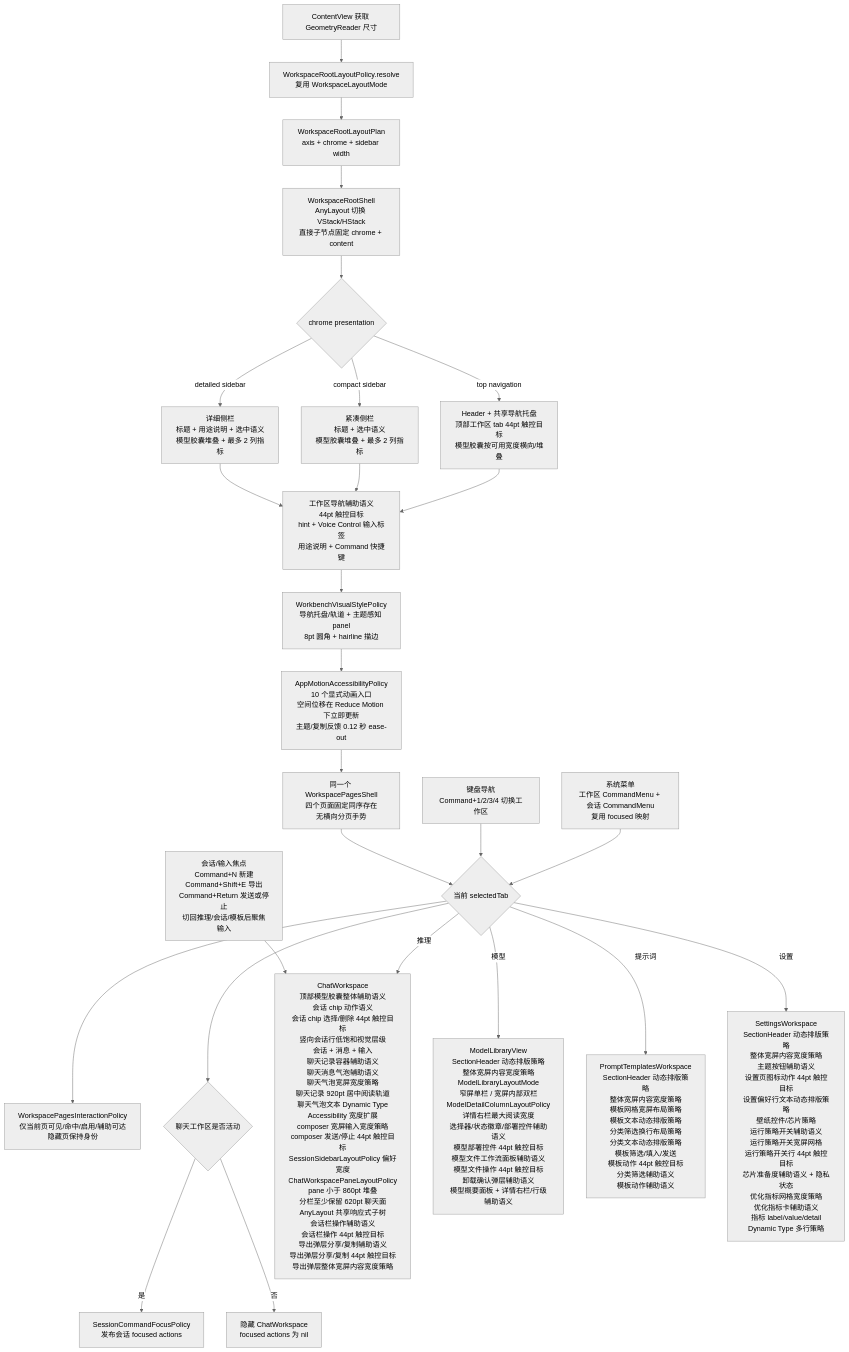
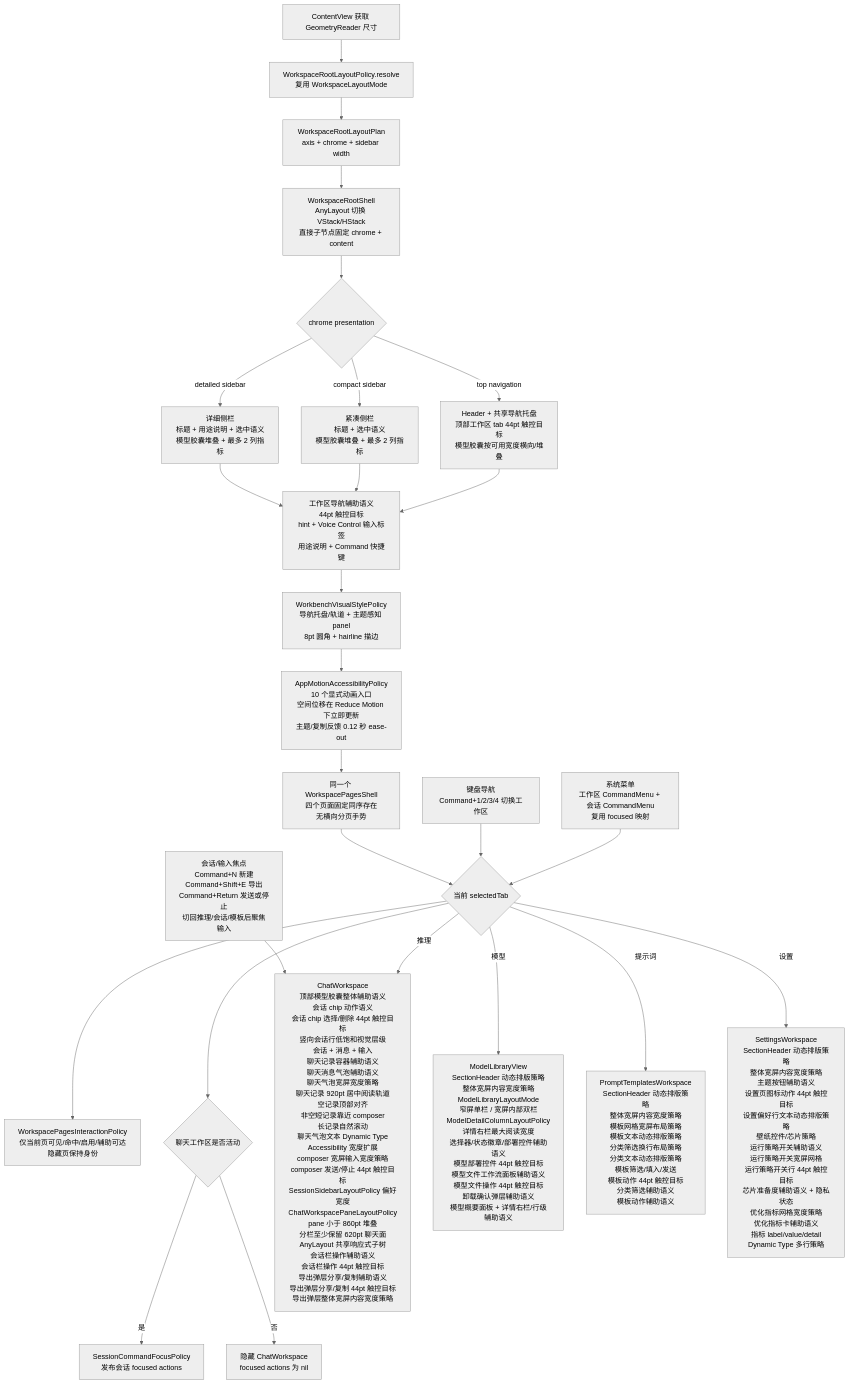
One commit to Altman-sam114/113 changed the fifth of 10 diagrams in md/flow/flowchart.md. Above: the diagram before and after it, drawn with Mermaid (neutral theme). The commit also changed 8 other files, not shown here.

````diff
--- a/md/flow/flowchart.md
+++ b/md/flow/flowchart.md
@@ -94,28 +94,28 @@
 ```mermaid
 flowchart TD
     A[ContentView 获取 GeometryReader 尺寸] --> B[WorkspaceRootLayoutPolicy.resolve<br/>复用 WorkspaceLayoutMode]
     B --> C[WorkspaceRootLayoutPlan<br/>axis + chrome + sidebar width]
     C --> D[WorkspaceRootShell<br/>AnyLayout 切换 VStack/HStack<br/>直接子节点固定 chrome + content]
     D --> E{chrome presentation}
     E -- top navigation --> N[Header + 共享导航托盘<br/>顶部工作区 tab 44pt 触控目标<br/>模型胶囊按可用宽度横向/堆叠]
     E -- detailed sidebar --> O[详细侧栏<br/>标题 + 用途说明 + 选中语义<br/>模型胶囊堆叠 + 最多 2 列指标]
     E -- compact sidebar --> P[紧凑侧栏<br/>标题 + 选中语义<br/>模型胶囊堆叠 + 最多 2 列指标]
     O --> X[工作区导航辅助语义<br/>44pt 触控目标<br/>hint + Voice Control 输入标签<br/>用途说明 + Command 快捷键]
     P --> X
     X --> V[WorkbenchVisualStylePolicy<br/>导航托盘/轨道 + 主题感知 panel<br/>8pt 圆角 + hairline 描边]
     V --> R[AppMotionAccessibilityPolicy<br/>10 个显式动画入口<br/>空间位移在 Reduce Motion 下立即更新<br/>主题/复制反馈 0.12 秒 ease-out]
     R --> T[同一个 WorkspacePagesShell<br/>四个页面固定同序存在<br/>无横向分页手势]
     N --> X
     T --> F{当前 selectedTab}
     F --> Y[WorkspacePagesInteractionPolicy<br/>仅当前页可见/命中/启用/辅助可达<br/>隐藏页保持身份]
     K[键盘导航<br/>Command+1/2/3/4 切换工作区] --> F
     M[系统菜单<br/>工作区 CommandMenu + 会话 CommandMenu<br/>复用 focused 映射] --> F
     F --> Q{聊天工作区是否活动}
     Q -- 是 --> S[SessionCommandFocusPolicy<br/>发布会话 focused actions]
     Q -- 否 --> U[隐藏 ChatWorkspace<br/>focused actions 为 nil]
     L[会话/输入焦点<br/>Command+N 新建<br/>Command+Shift+E 导出<br/>Command+Return 发送或停止<br/>切回推理/会话/模板后聚焦输入] --> G
-    F -- 推理 --> G[ChatWorkspace<br/>顶部模型胶囊整体辅助语义<br/>会话 chip 动作语义<br/>会话 chip 选择/删除 44pt 触控目标<br/>竖向会话行低饱和视觉层级<br/>会话 + 消息 + 输入<br/>聊天记录容器辅助语义<br/>聊天消息气泡辅助语义<br/>聊天气泡宽屏宽度策略<br/>聊天记录 920pt 居中阅读轨道<br/>聊天气泡文本 Dynamic Type<br/>Accessibility 宽度扩展<br/>composer 宽屏输入宽度策略<br/>composer 发送/停止 44pt 触控目标<br/>SessionSidebarLayoutPolicy 偏好宽度<br/>ChatWorkspacePaneLayoutPolicy<br/>pane 小于 860pt 堆叠<br/>分栏至少保留 620pt 聊天面<br/>AnyLayout 共享响应式子树<br/>会话栏操作辅助语义<br/>会话栏操作 44pt 触控目标<br/>导出弹层分享/复制辅助语义<br/>导出弹层分享/复制 44pt 触控目标<br/>导出弹层整体宽屏内容宽度策略]
+    F -- 推理 --> G[ChatWorkspace<br/>顶部模型胶囊整体辅助语义<br/>会话 chip 动作语义<br/>会话 chip 选择/删除 44pt 触控目标<br/>竖向会话行低饱和视觉层级<br/>会话 + 消息 + 输入<br/>聊天记录容器辅助语义<br/>聊天消息气泡辅助语义<br/>聊天气泡宽屏宽度策略<br/>聊天记录 920pt 居中阅读轨道<br/>空记录顶部对齐<br/>非空短记录靠近 composer<br/>长记录自然滚动<br/>聊天气泡文本 Dynamic Type<br/>Accessibility 宽度扩展<br/>composer 宽屏输入宽度策略<br/>composer 发送/停止 44pt 触控目标<br/>SessionSidebarLayoutPolicy 偏好宽度<br/>ChatWorkspacePaneLayoutPolicy<br/>pane 小于 860pt 堆叠<br/>分栏至少保留 620pt 聊天面<br/>AnyLayout 共享响应式子树<br/>会话栏操作辅助语义<br/>会话栏操作 44pt 触控目标<br/>导出弹层分享/复制辅助语义<br/>导出弹层分享/复制 44pt 触控目标<br/>导出弹层整体宽屏内容宽度策略]
     F -- 模型 --> H[ModelLibraryView<br/>SectionHeader 动态排版策略<br/>整体宽屏内容宽度策略<br/>ModelLibraryLayoutMode<br/>窄屏单栏 / 宽屏内部双栏<br/>ModelDetailColumnLayoutPolicy<br/>详情右栏最大阅读宽度<br/>选择器/状态徽章/部署控件辅助语义<br/>模型部署控件 44pt 触控目标<br/>模型文件工作流面板辅助语义<br/>模型文件操作 44pt 触控目标<br/>卸载确认弹层辅助语义<br/>模型概要面板 + 详情右栏/行级辅助语义]
     F -- 提示词 --> I[PromptTemplatesWorkspace<br/>SectionHeader 动态排版策略<br/>整体宽屏内容宽度策略<br/>模板网格宽屏布局策略<br/>模板文本动态排版策略<br/>分类筛选换行布局策略<br/>分类文本动态排版策略<br/>模板筛选/填入/发送<br/>模板动作 44pt 触控目标<br/>分类筛选辅助语义<br/>模板动作辅助语义]
     F -- 设置 --> J[SettingsWorkspace<br/>SectionHeader 动态排版策略<br/>整体宽屏内容宽度策略<br/>主题按钮辅助语义<br/>设置页图标动作 44pt 触控目标<br/>设置偏好行文本动态排版策略<br/>壁纸控件/芯片策略<br/>运行策略开关辅助语义<br/>运行策略开关宽屏网格<br/>运行策略开关行 44pt 触控目标<br/>芯片准备度辅助语义 + 隐私状态<br/>优化指标网格宽度策略<br/>优化指标卡辅助语义<br/>指标 label/value/detail<br/>Dynamic Type 多行策略]
 ```
````
